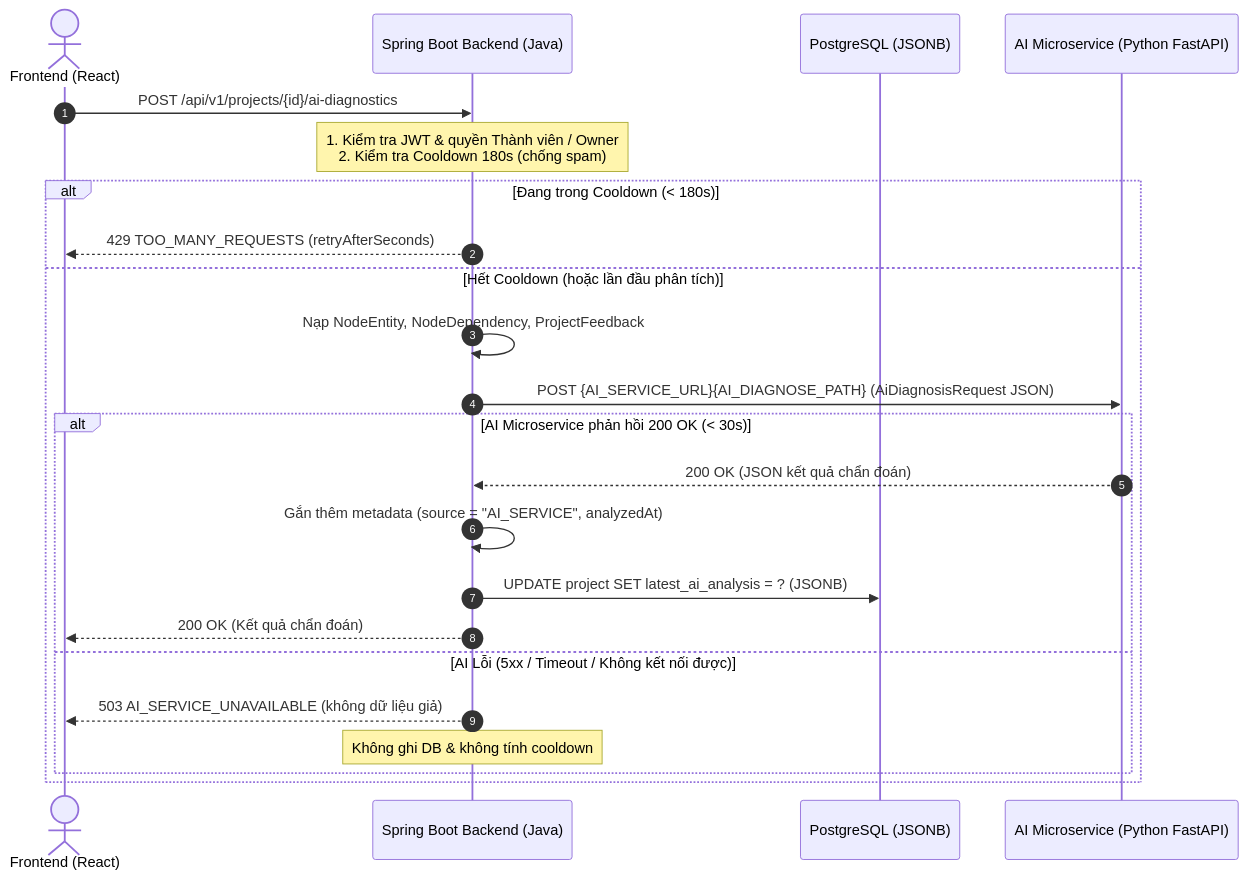
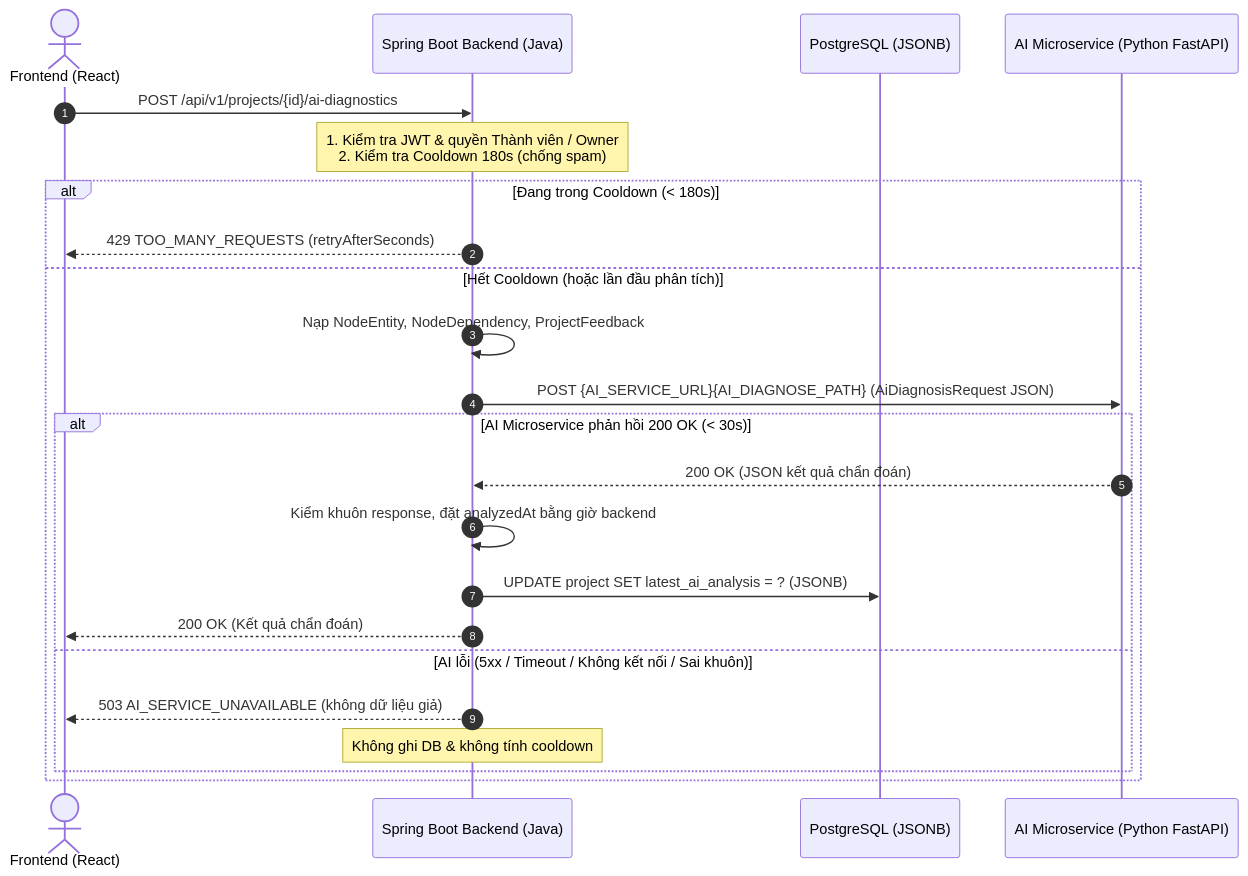
One commit to ThanhThien-coder/Workflow-Pipeline-Engine changed the diagram in docs/specs/ai-service-contract.md. Above: the diagram before and after it, drawn with Mermaid. The commit also changed other lines of this file, not shown here.

Commit message:
docs: contract AI ghi analyzedAt do backend dat va kiem khuon response

````diff
--- a/docs/specs/ai-service-contract.md
+++ b/docs/specs/ai-service-contract.md
@@ -14,26 +14,26 @@
 ```mermaid
 sequenceDiagram
     autonumber
     actor FE as Frontend (React)
     participant BE as Spring Boot Backend (Java)
     participant DB as PostgreSQL (JSONB)
     participant AI as AI Microservice (Python FastAPI)
 
     FE->>BE: POST /api/v1/projects/{id}/ai-diagnostics
     Note over BE: 1. Kiểm tra JWT & quyền Thành viên / Owner<br/>2. Kiểm tra Cooldown 180s (chống spam)
     alt Đang trong Cooldown (< 180s)
         BE-->>FE: 429 TOO_MANY_REQUESTS (retryAfterSeconds)
     else Hết Cooldown (hoặc lần đầu phân tích)
         BE->>BE: Nạp NodeEntity, NodeDependency, ProjectFeedback
         BE->>AI: POST {AI_SERVICE_URL}{AI_DIAGNOSE_PATH} (AiDiagnosisRequest JSON)
         alt AI Microservice phản hồi 200 OK (< 30s)
             AI-->>BE: 200 OK (JSON kết quả chẩn đoán)
-            BE->>BE: Gắn thêm metadata (source = "AI_SERVICE", analyzedAt)
+            BE->>BE: Kiểm khuôn response, đặt analyzedAt bằng giờ backend
             BE->>DB: UPDATE project SET latest_ai_analysis = ? (JSONB)
             BE-->>FE: 200 OK (Kết quả chẩn đoán)
-        else AI Lỗi (5xx / Timeout / Không kết nối được)
+        else AI lỗi (5xx / Timeout / Không kết nối / Sai khuôn)
             BE-->>FE: 503 AI_SERVICE_UNAVAILABLE (không dữ liệu giả)
             Note over BE: Không ghi DB & không tính cooldown
         end
     end
 ```
````
